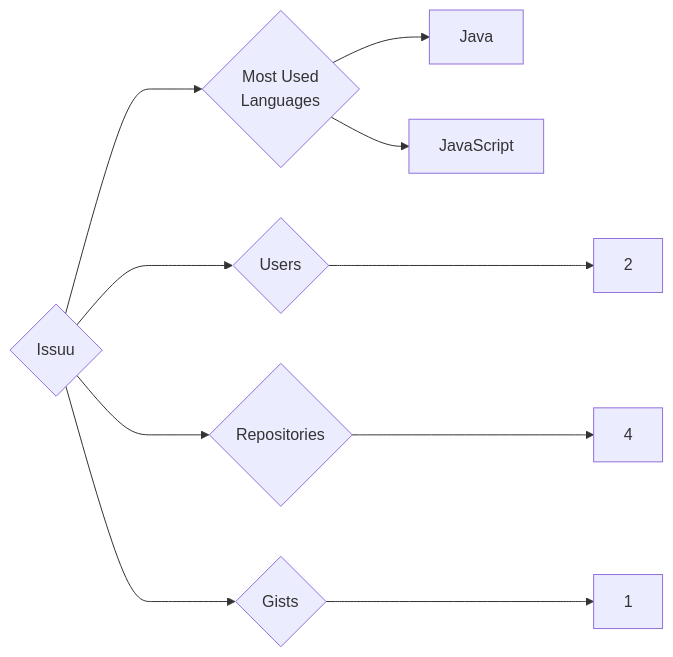
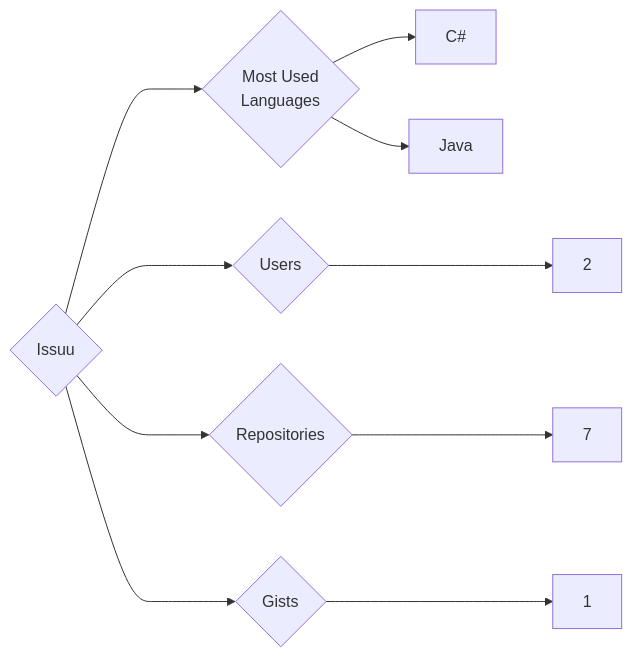
The diagram in targets/Issuu/README.md (trickest/insiders), drawn with Mermaid before and after one commit. The commit also changed 724 other files, not shown here.

````diff
--- a/targets/Issuu/README.md
+++ b/targets/Issuu/README.md
@@ -3,10 +3,10 @@
 ```mermaid
 graph LR
 COMPANY_NAME{Issuu}
 COMPANY_NAME ---> U{Users} ---> UN[2]
-COMPANY_NAME ---> R{Repositories} ---> RN[4]
+COMPANY_NAME ---> R{Repositories} ---> RN[7]
 COMPANY_NAME ---> G{Gists} ---> GN[1]
 COMPANY_NAME ---> ML{Most Used<br>Languages}
+ML --> C#[C#]
 ML --> Java[Java]
-ML --> JavaScript[JavaScript]
 ```
````
